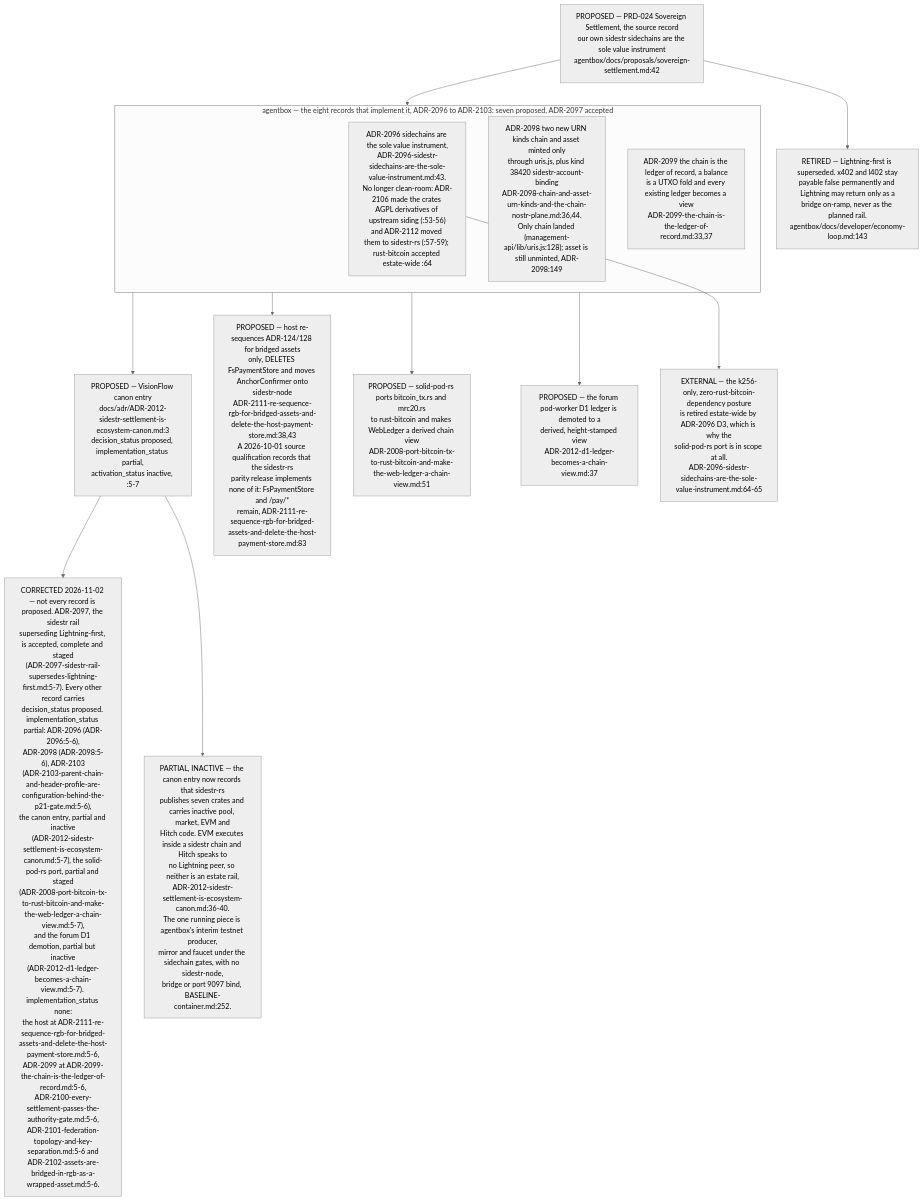
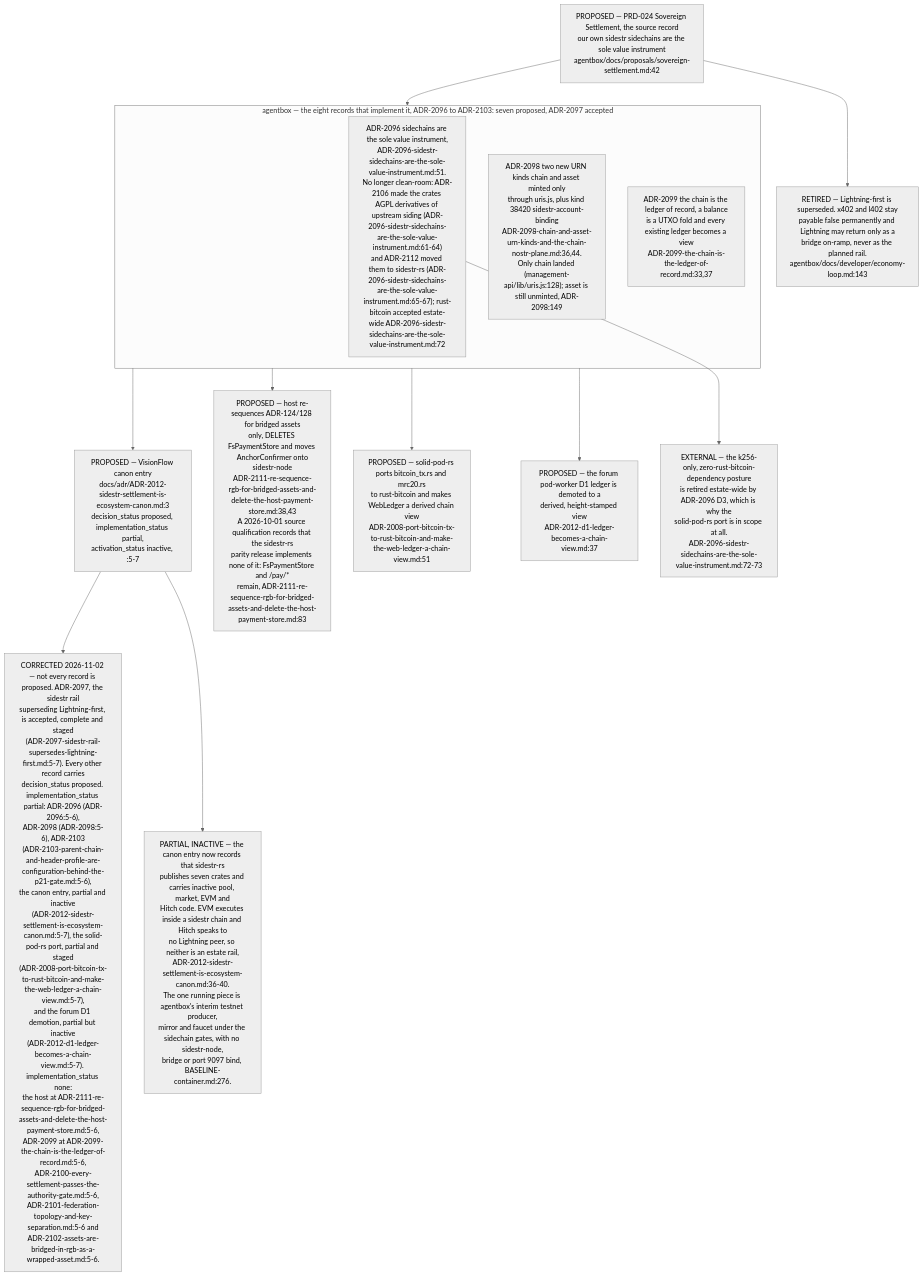
Before and after one commit to DreamLab-AI/VisionFlow: diagram 11 of 12 in docs/diagrams/estate/03-cross-repo-federation-contract.md, drawn with Mermaid (neutral theme). The commit also changed other lines of this file and 9 other files, not shown here.

Commit message:
docs: align management, adapter and identity diagrams (#35)

````diff
--- a/docs/diagrams/estate/03-cross-repo-federation-contract.md
+++ b/docs/diagrams/estate/03-cross-repo-federation-contract.md
@@ -478,32 +478,32 @@
 ```mermaid
 flowchart TB
     PRD["PROPOSED — PRD-024 Sovereign Settlement, the source record<br/>our own sidestr sidechains are the sole value instrument<br/>agentbox/docs/proposals/sovereign-settlement.md:42"]
 
     subgraph AB["agentbox — the eight records that implement it, ADR-2096 to ADR-2103: seven proposed, ADR-2097 accepted"]
-        A96["ADR-2096 sidechains are the sole value instrument,<br/>ADR-2096-sidestr-sidechains-are-the-sole-value-instrument.md:43.<br/>No longer clean-room: ADR-2106 made the crates AGPL derivatives of upstream siding (:53-56)<br/>and ADR-2112 moved them to sidestr-rs (:57-59); rust-bitcoin accepted estate-wide :64"]
+        A96["ADR-2096 sidechains are the sole value instrument,<br/>ADR-2096-sidestr-sidechains-are-the-sole-value-instrument.md:51.<br/>No longer clean-room: ADR-2106 made the crates AGPL derivatives of upstream siding (ADR-2096-sidestr-sidechains-are-the-sole-value-instrument.md:61-64)<br/>and ADR-2112 moved them to sidestr-rs (ADR-2096-sidestr-sidechains-are-the-sole-value-instrument.md:65-67); rust-bitcoin accepted estate-wide ADR-2096-sidestr-sidechains-are-the-sole-value-instrument.md:72"]
         A98["ADR-2098 two new URN kinds chain and asset minted only<br/>through uris.js, plus kind 38420 sidestr-account-binding<br/>ADR-2098-chain-and-asset-urn-kinds-and-the-chain-nostr-plane.md:36,44.<br/>Only chain landed (management-api/lib/uris.js:128); asset is still unminted, ADR-2098:149"]
         A99["ADR-2099 the chain is the ledger of record, a balance<br/>is a UTXO fold and every existing ledger becomes a view<br/>ADR-2099-the-chain-is-the-ledger-of-record.md:33,37"]
     end
     PRD --> AB
 
     CANON["PROPOSED — VisionFlow canon entry<br/>docs/adr/ADR-2012-sidestr-settlement-is-ecosystem-canon.md:3<br/>decision_status proposed, implementation_status partial,<br/>activation_status inactive, :5-7"]
     HOST["PROPOSED — host re-sequences ADR-124/128 for bridged assets<br/>only, DELETES FsPaymentStore and moves AnchorConfirmer onto<br/>sidestr-node<br/>ADR-2111-re-sequence-rgb-for-bridged-assets-and-delete-the-host-payment-store.md:38,43<br/>A 2026-10-01 source qualification records that the sidestr-rs<br/>parity release implements none of it: FsPaymentStore and /pay/*<br/>remain, ADR-2111-re-sequence-rgb-for-bridged-assets-and-delete-the-host-payment-store.md:83"]
     SPR["PROPOSED — solid-pod-rs ports bitcoin_tx.rs and mrc20.rs<br/>to rust-bitcoin and makes WebLedger a derived chain view<br/>ADR-2008-port-bitcoin-tx-to-rust-bitcoin-and-make-the-web-ledger-a-chain-view.md:51"]
     FRM["PROPOSED — the forum pod-worker D1 ledger is demoted to a<br/>derived, height-stamped view<br/>ADR-2012-d1-ledger-becomes-a-chain-view.md:37"]
 
     AB --> CANON
     AB --> HOST
     AB --> SPR
     AB --> FRM
 
     INV["CORRECTED 2026-11-02 — not every record is proposed. ADR-2097, the sidestr rail<br/>superseding Lightning-first, is accepted, complete and staged<br/>(ADR-2097-sidestr-rail-supersedes-lightning-first.md:5-7). Every other record carries<br/>decision_status proposed. implementation_status partial: ADR-2096 (ADR-2096:5-6),<br/>ADR-2098 (ADR-2098:5-6), ADR-2103<br/>(ADR-2103-parent-chain-and-header-profile-are-configuration-behind-the-p21-gate.md:5-6),<br/>the canon entry, partial and inactive<br/>(ADR-2012-sidestr-settlement-is-ecosystem-canon.md:5-7), the solid-pod-rs port, partial and staged<br/>(ADR-2008-port-bitcoin-tx-to-rust-bitcoin-and-make-the-web-ledger-a-chain-view.md:5-7),<br/>and the forum D1 demotion, partial but inactive<br/>(ADR-2012-d1-ledger-becomes-a-chain-view.md:5-7). implementation_status none:<br/>the host at ADR-2111-re-sequence-rgb-for-bridged-assets-and-delete-the-host-payment-store.md:5-6,<br/>ADR-2099 at ADR-2099-the-chain-is-the-ledger-of-record.md:5-6,<br/>ADR-2100-every-settlement-passes-the-authority-gate.md:5-6,<br/>ADR-2101-federation-topology-and-key-separation.md:5-6 and<br/>ADR-2102-assets-are-bridged-in-rgb-as-a-wrapped-asset.md:5-6."]
     CANON --> INV
-    SRCST["PARTIAL, INACTIVE — the canon entry now records that sidestr-rs<br/>publishes seven crates and carries inactive pool, market, EVM and<br/>Hitch code. EVM executes inside a sidestr chain and Hitch speaks to<br/>no Lightning peer, so neither is an estate rail,<br/>ADR-2012-sidestr-settlement-is-ecosystem-canon.md:36-40.<br/>The one running piece is agentbox's interim testnet producer,<br/>mirror and faucet under the sidechain gates, with no sidestr-node,<br/>bridge or port 9097 bind, BASELINE-container.md:252."]
+    SRCST["PARTIAL, INACTIVE — the canon entry now records that sidestr-rs<br/>publishes seven crates and carries inactive pool, market, EVM and<br/>Hitch code. EVM executes inside a sidestr chain and Hitch speaks to<br/>no Lightning peer, so neither is an estate rail,<br/>ADR-2012-sidestr-settlement-is-ecosystem-canon.md:36-40.<br/>The one running piece is agentbox's interim testnet producer,<br/>mirror and faucet under the sidechain gates, with no sidestr-node,<br/>bridge or port 9097 bind, BASELINE-container.md:276."]
     CANON --> SRCST
 
     RET["RETIRED — Lightning-first is superseded. x402 and l402 stay<br/>payable false permanently and Lightning may return only as a<br/>bridge on-ramp, never as the planned rail.<br/>agentbox/docs/developer/economy-loop.md:143"]
     PRD --> RET
 
-    KILL["EXTERNAL — the k256-only, zero-rust-bitcoin-dependency posture<br/>is retired estate-wide by ADR-2096 D3, which is why the<br/>solid-pod-rs port is in scope at all.<br/>ADR-2096-sidestr-sidechains-are-the-sole-value-instrument.md:64-65"]
+    KILL["EXTERNAL — the k256-only, zero-rust-bitcoin-dependency posture<br/>is retired estate-wide by ADR-2096 D3, which is why the<br/>solid-pod-rs port is in scope at all.<br/>ADR-2096-sidestr-sidechains-are-the-sole-value-instrument.md:72-73"]
     A96 --> KILL
 ```
````
